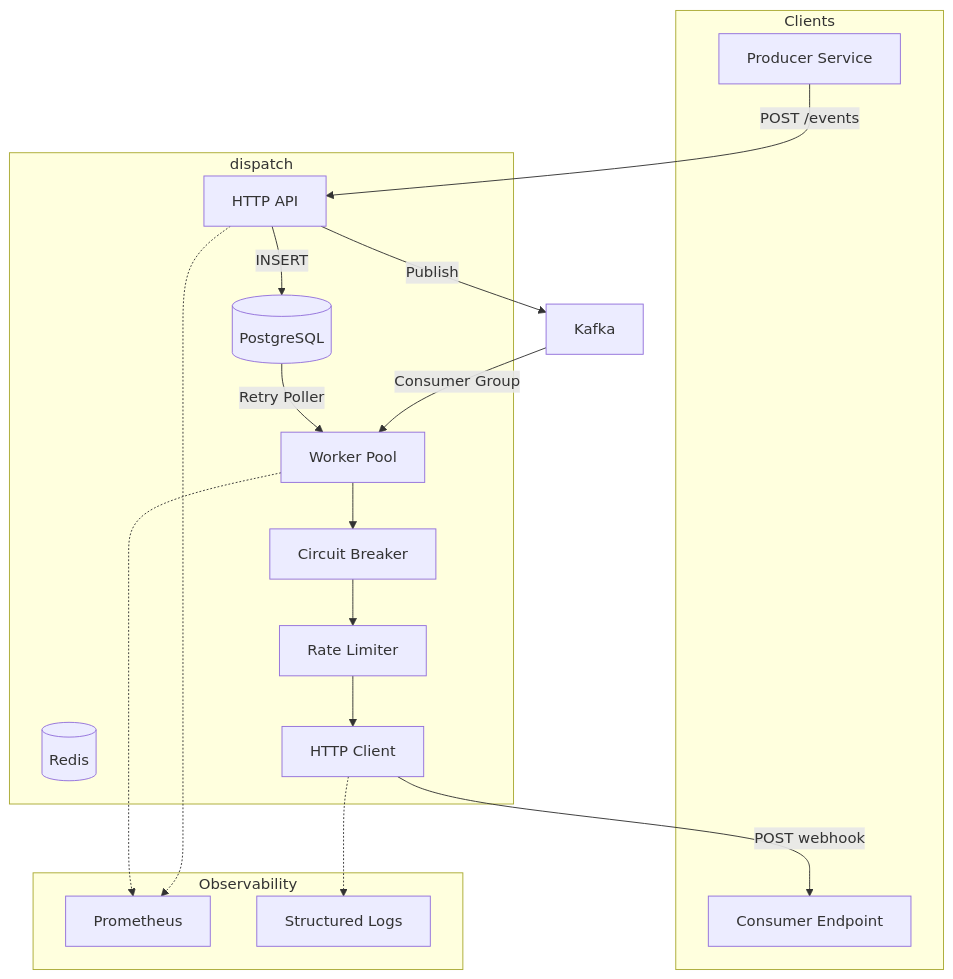
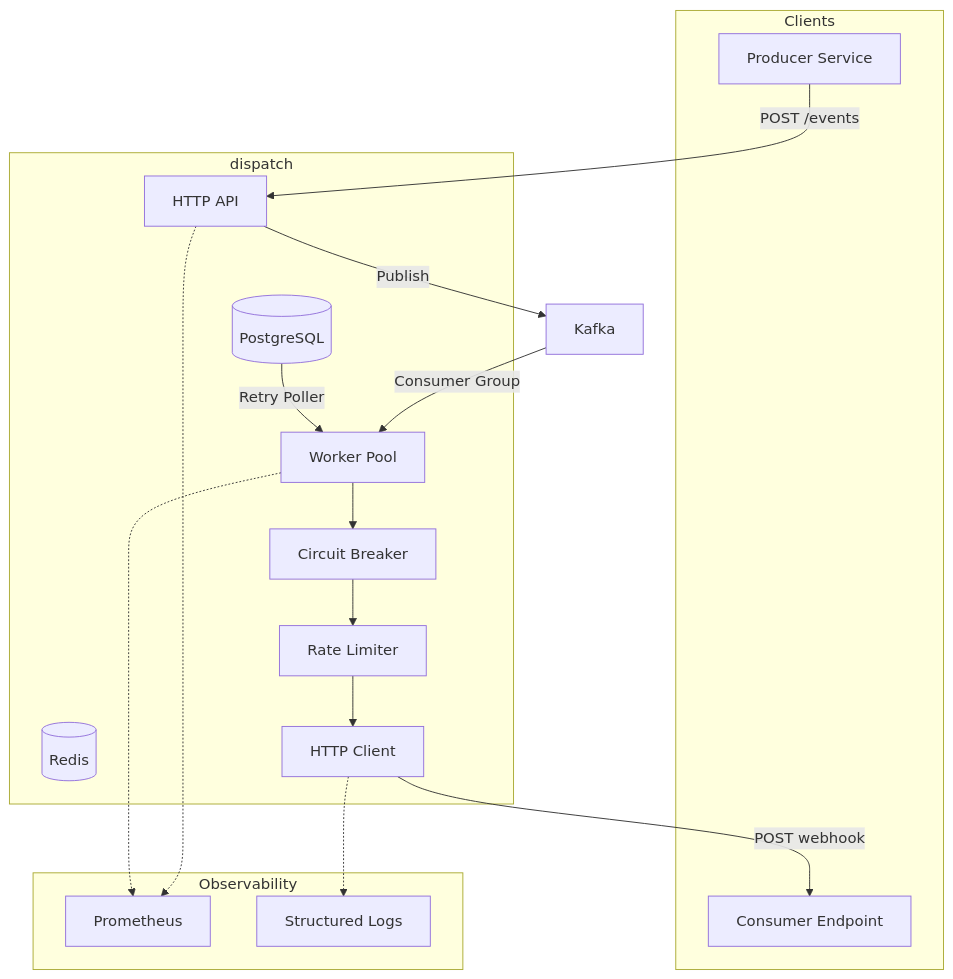
One commit to felipepmaragno/webhook-service changed the first of 4 diagrams in docs/spec.md. Above: the diagram before and after it, drawn with Mermaid. The commit also changed other lines of this file and 12 other files, not shown here.

````diff
--- a/docs/spec.md
+++ b/docs/spec.md
@@ -38,36 +39,35 @@
 ```mermaid
 flowchart TB
     subgraph Clients["Clients"]
         Producer["Producer Service"]
         Consumer["Consumer Endpoint"]
     end
 
     subgraph Dispatch["dispatch"]
         API["HTTP API"]
         DB[(PostgreSQL)]
         Redis[(Redis)]
         Workers["Worker Pool"]
         CB["Circuit Breaker"]
         RL["Rate Limiter"]
         Delivery["HTTP Client"]
     end
 
     subgraph Observability["Observability"]
         Metrics["Prometheus"]
         Logs["Structured Logs"]
     end
 
     Producer -->|POST /events| API
-    API -->|INSERT| DB
     API -->|Publish| Kafka
     Kafka -->|Consumer Group| Workers
     Workers --> CB
     CB --> RL
     RL --> Delivery
     Delivery -->|POST webhook| Consumer
     DB -->|Retry Poller| Workers
     
     API -.-> Metrics
     Workers -.-> Metrics
     Delivery -.-> Logs
 ```
````
